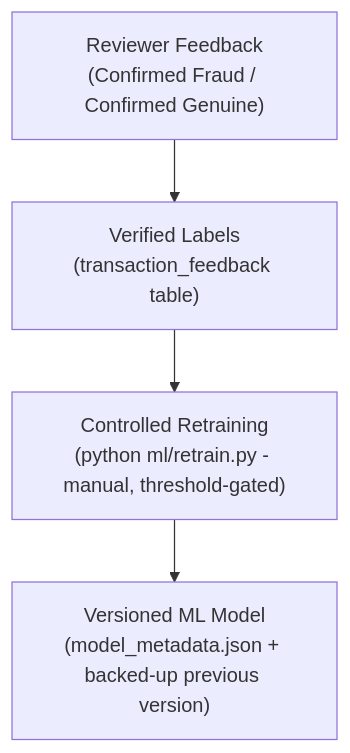
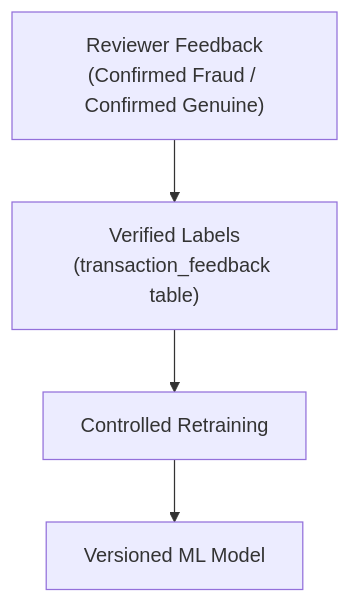
Before and after one commit to srija180705/Verisyn: the fourth of 4 diagrams in README.md, drawn with Mermaid. The commit also changed other lines of this file, not shown here.

First line of the commit message:
Revise README with flowchart and tech stack updates

````diff
--- a/README.md
+++ b/README.md
@@ -80,6 +80,6 @@
 ```mermaid
 flowchart TD
     RV["Reviewer Feedback<br/>(Confirmed Fraud / Confirmed Genuine)"] --> VL["Verified Labels<br/>(transaction_feedback table)"]
-    VL --> CR["Controlled Retraining<br/>(python ml/retrain.py - manual, threshold-gated)"]
-    CR --> VM["Versioned ML Model<br/>(model_metadata.json + backed-up previous version)"]
+    VL --> CR["Controlled Retraining<br/>"]
+    CR --> VM["Versioned ML Model<br/>"]
 ```
````
